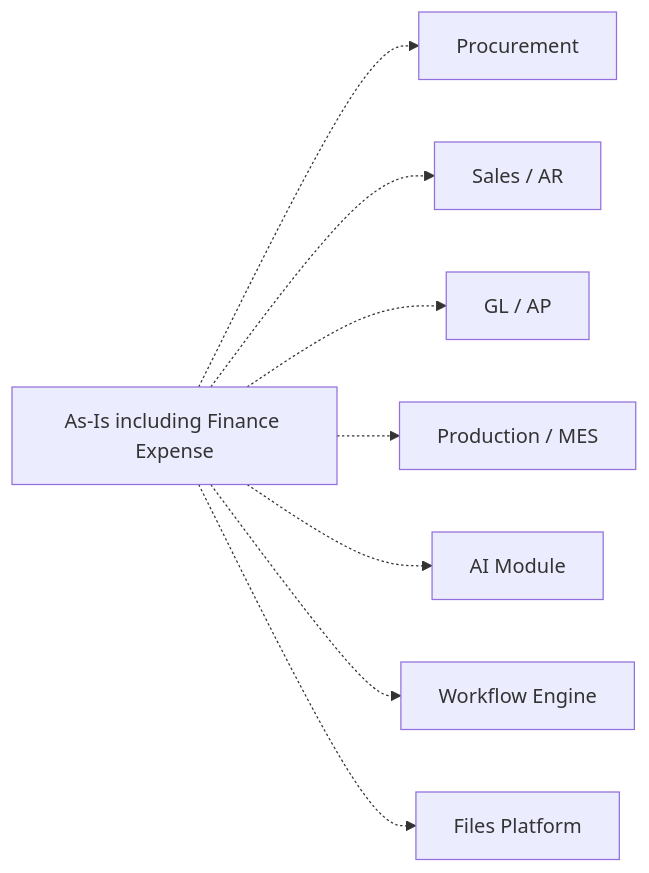
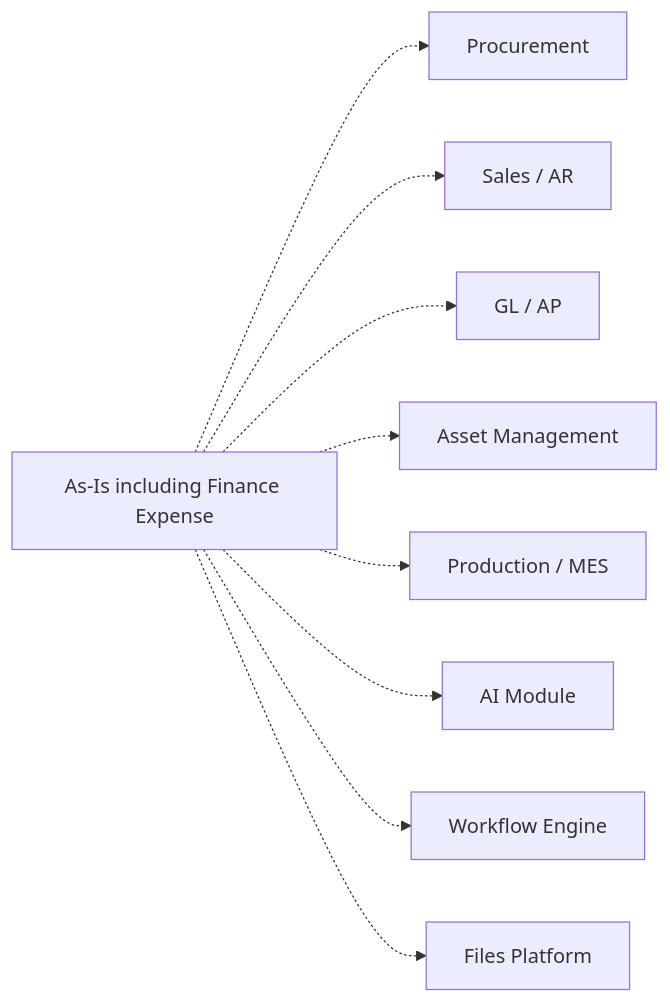
One commit to boynormal/scc-system changed the second of 2 diagrams in docs/architecture/vision-as-is-to-be.md. Above: the diagram before and after it, drawn with Mermaid. The commit also changed other lines of this file and 60 other files, not shown here.

````diff
--- a/docs/architecture/vision-as-is-to-be.md
+++ b/docs/architecture/vision-as-is-to-be.md
@@ -68,10 +71,11 @@
 ```mermaid
 flowchart LR
   current["As-Is including Finance Expense"] -.-> procurement["Procurement"]
   current -.-> sales["Sales / AR"]
   current -.-> gl["GL / AP"]
+  current -.-> assetMgmt["Asset Management"]
   current -.-> production["Production / MES"]
   current -.-> ai["AI Module"]
   current -.-> workflow["Workflow Engine"]
   current -.-> files["Files Platform"]
 ```
````
